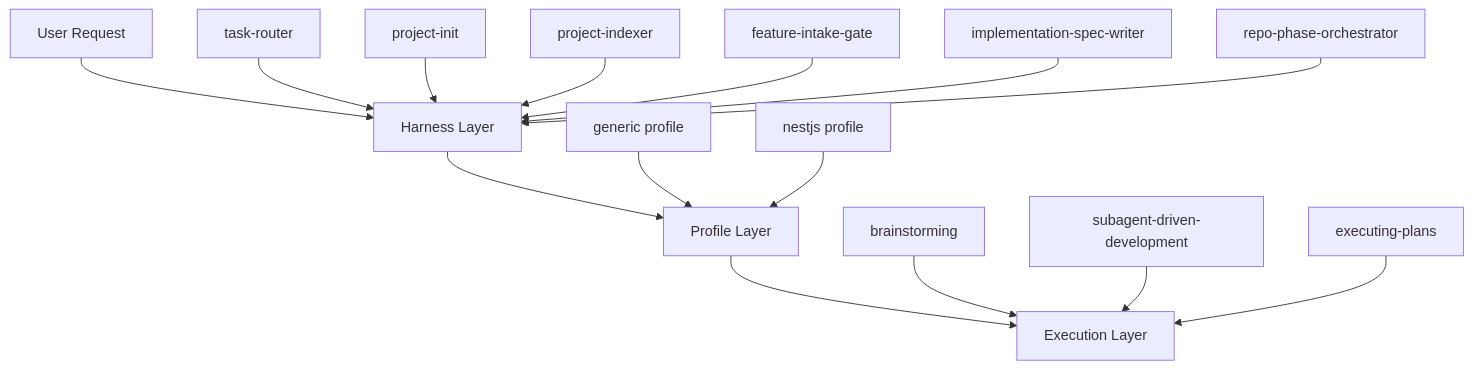
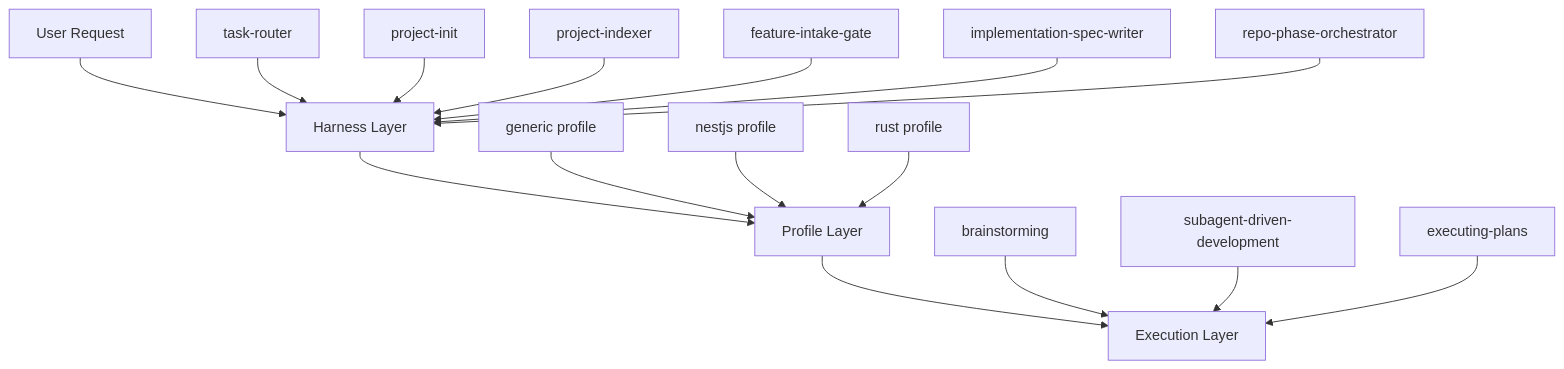
One commit to HoanDo95/CodexMinimal changed the second of 13 diagrams in README.md. Above: the diagram before and after it, drawn with Mermaid. The commit also changed other lines of this file and 69 other files, not shown here.

Commit message:
Add rust profile support

````diff
--- a/README.md
+++ b/README.md
@@ -32,20 +32,21 @@
 ```mermaid
 flowchart TB
     U[User Request] --> H[Harness Layer]
     H --> P[Profile Layer]
     P --> E[Execution Layer]
 
     H1[task-router] --> H
     H2[project-init] --> H
     H3[project-indexer] --> H
     H4[feature-intake-gate] --> H
     H5[implementation-spec-writer] --> H
     H6[repo-phase-orchestrator] --> H
 
     P1[generic profile] --> P
     P2[nestjs profile] --> P
+    P3[rust profile] --> P
 
     E1[brainstorming] --> E
     E2[subagent-driven-development] --> E
     E3[executing-plans] --> E
 ```
````
